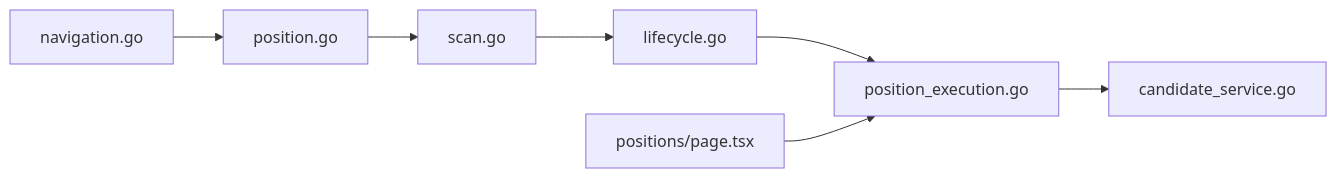
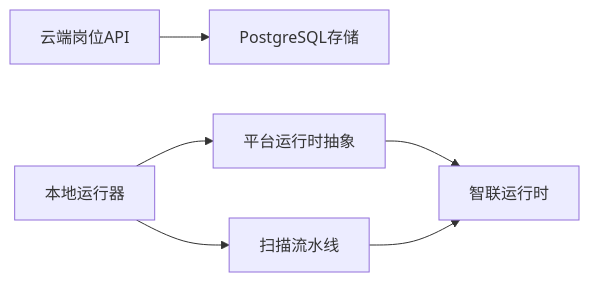
Before and after one commit to alvinwangzi/goodhr: the seventh of 7 diagrams in .qoder/repowiki/zh/content/本地执行器/平台适配器/前程无忧适配器/职位管理.md, drawn with Mermaid. The commit also changed other lines of this file and 149 other files, not shown here.

````diff
--- a/.qoder/repowiki/zh/content/本地执行器/平台适配器/前程无忧适配器/职位管理.md
+++ b/.qoder/repowiki/zh/content/本地执行器/平台适配器/前程无忧适配器/职位管理.md
@@ -307,9 +298,8 @@
 ```mermaid
 graph LR
-Nav["navigation.go"] --> Pos["position.go"]
-Pos --> Run["scan.go"]
-Run --> Life["lifecycle.go"]
-Life --> API["position_execution.go"]
-FE["positions/page.tsx"] --> API
-API --> CS["candidate_service.go"]
+API["云端岗位API"] --> Store["PostgreSQL存储"]
+Runner["本地运行器"] --> Platform["平台运行时抽象"]
+Platform --> ZP["智联运行时"]
+Runner --> Scan["扫描流水线"]
+Scan --> ZP
 ```
````
